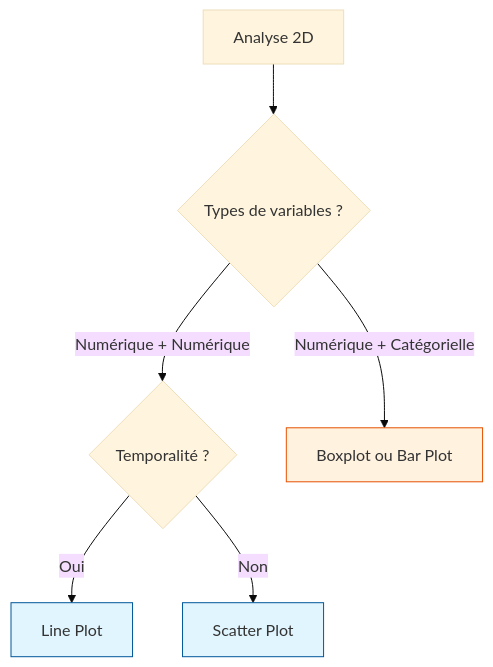
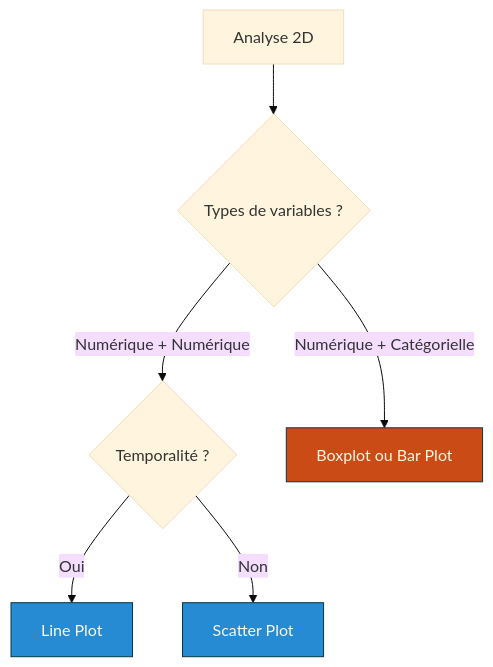
The diagram in cours/4_visualisation/_42_bidimensionnel.qmd (aptitek/aptispace-datascience), drawn with Mermaid (base theme) before and after one commit. The commit also changed 35 other files, not shown here.

````diff
--- a/cours/4_visualisation/_42_bidimensionnel.qmd
+++ b/cours/4_visualisation/_42_bidimensionnel.qmd
@@ -40,14 +40,14 @@
 ```{mermaid}
 flowchart TD
     A[Analyse 2D] --> B{Types de variables ?}
     B -->|Numérique + Numérique| C{Temporalité ?}
     C -->|Oui| D[Line Plot]
     C -->|Non| E[Scatter Plot]
     
     B -->|Numérique + Catégorielle| F[Boxplot ou Bar Plot]
     
-    style D fill:#e1f5fe,stroke:#01579b
-    style E fill:#e1f5fe,stroke:#01579b
-    style F fill:#fff3e0,stroke:#e65100
+    style D fill:#268bd2,stroke:#073642,color:#fdf6e3
+    style E fill:#268bd2,stroke:#073642,color:#fdf6e3
+    style F fill:#cb4b16,stroke:#073642,color:#fdf6e3
 
 ```
````
